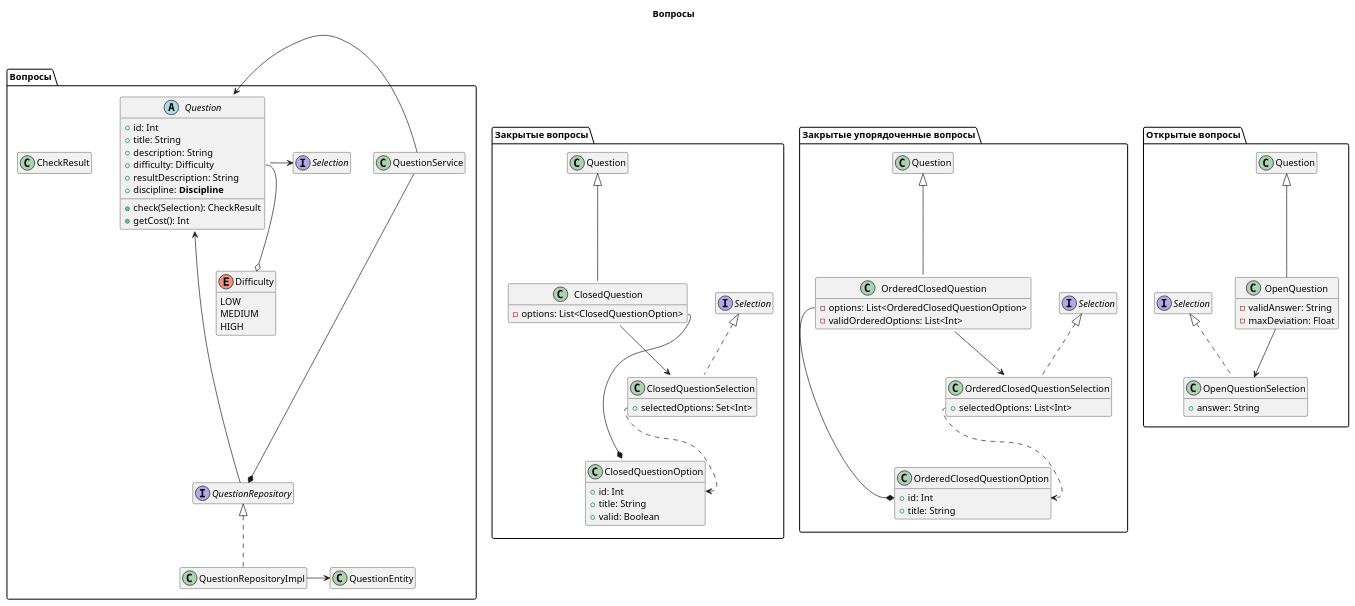
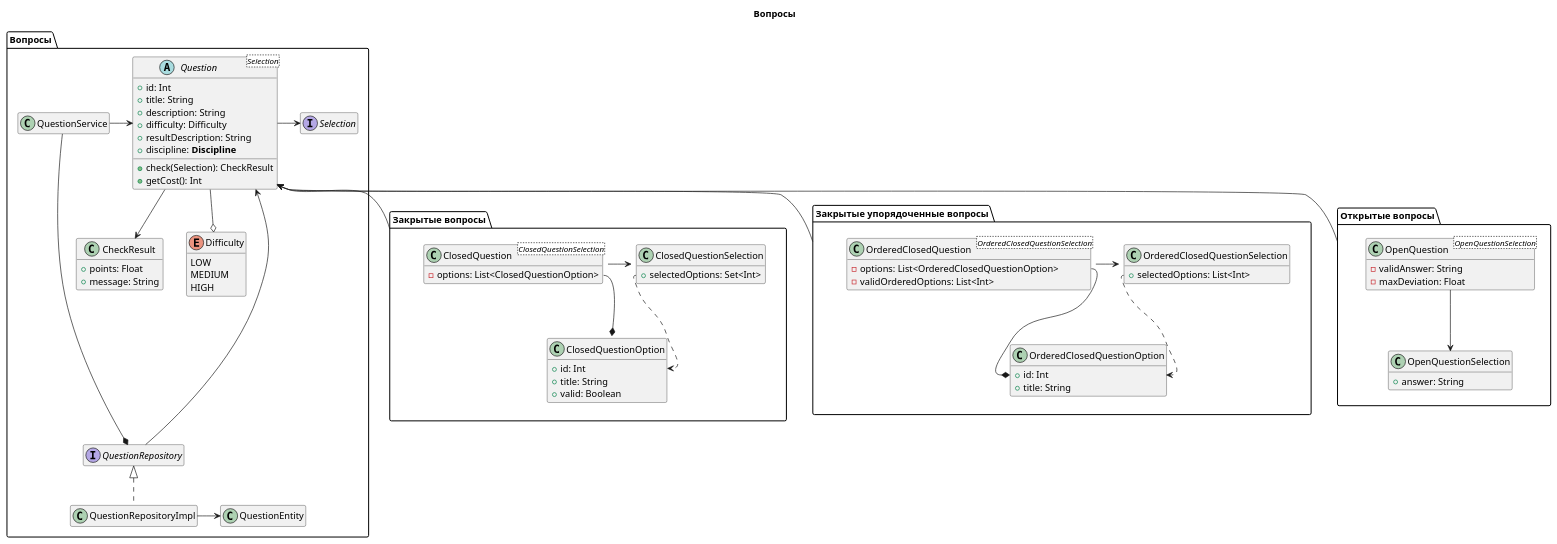
Before and after one commit to hyposun/deppplom: the diagram in src/main/docs/classes_question.puml, drawn with PlantUML. The commit also changed 5 other files, not shown here.

Commit message:
new: документация: базовая схема

```diff
--- a/src/main/docs/classes_question.puml
+++ b/src/main/docs/classes_question.puml
@@ -1,110 +1,118 @@
 @startuml
 
 hide empty members
 allowmixing
 
 title "Вопросы"
 
 package "Вопросы" as questions {
 
     class QuestionService
 
-    class CheckResult
+    class CheckResult {
+        + points: Float
+        + message: String
+    }
 
-    abstract class Question {
+    abstract class Question<Selection> {
         + id: Int
         + title: String
         + description: String
         + difficulty: Difficulty
         + resultDescription: String
         + discipline: <b>Discipline</b>
         + check(Selection): CheckResult
         + getCost(): Int
     }
 
     interface Selection
     Question -> Selection
-
-    Question::difficulty --o Difficulty
+    Question --o Difficulty
+    Question -d-> CheckResult
 
     enum Difficulty {
         LOW
         MEDIUM
         HIGH
     }
 
     QuestionService -> Question
 
     interface QuestionRepository
     QuestionService ----* QuestionRepository
 
     Question <-- QuestionRepository
 
     class QuestionRepositoryImpl implements QuestionRepository
     class QuestionEntity
 
     QuestionRepositoryImpl -> QuestionEntity
 
 }
 
-package "Закрытые вопросы" {
+package "Закрытые вопросы" as closed_questions {
 
-    class ClosedQuestion extends Question {
+    class ClosedQuestion<ClosedQuestionSelection> {
         - options: List<ClosedQuestionOption>
     }
 
-    class ClosedQuestionSelection implements Selection {
+    class ClosedQuestionSelection {
         + selectedOptions: Set<Int>
     }
 
     class ClosedQuestionOption {
         + id: Int
         + title: String
         + valid: Boolean
     }
 
     ClosedQuestion::options --* ClosedQuestionOption
-    ClosedQuestion --> ClosedQuestionSelection
+    ClosedQuestion -> ClosedQuestionSelection
 
     ClosedQuestionSelection::selectedOptions ..> ClosedQuestionOption::id
 }
 
-package "Закрытые упорядоченные вопросы" {
+package "Закрытые упорядоченные вопросы" as ordered_questions {
 
-    class OrderedClosedQuestion extends Question {
+    class OrderedClosedQuestion<OrderedClosedQuestionSelection> {
         - options: List<OrderedClosedQuestionOption>
         - validOrderedOptions: List<Int>
     }
 
-    class OrderedClosedQuestionSelection implements Selection {
+    class OrderedClosedQuestionSelection {
         + selectedOptions: List<Int>
     }
 
     class OrderedClosedQuestionOption {
         + id: Int
         + title: String
     }
 
-    OrderedClosedQuestion --> OrderedClosedQuestionSelection
+    OrderedClosedQuestion -> OrderedClosedQuestionSelection
 
     OrderedClosedQuestion::options --* OrderedClosedQuestionOption::id
 
     OrderedClosedQuestionSelection::selectedOptions ..> OrderedClosedQuestionOption::id
 
 }
 
-package "Открытые вопросы" {
-    class OpenQuestion extends Question {
+package "Открытые вопросы" as open_questions {
+
+    class OpenQuestion<OpenQuestionSelection> {
         - validAnswer: String
         - maxDeviation: Float
     }
 
-    class OpenQuestionSelection implements Selection {
+    class OpenQuestionSelection {
         + answer: String
     }
 
     OpenQuestion --> OpenQuestionSelection
 }
 
+Question <-- closed_questions
+Question <-- ordered_questions
+Question <-- open_questions
+
 
 @enduml
```
